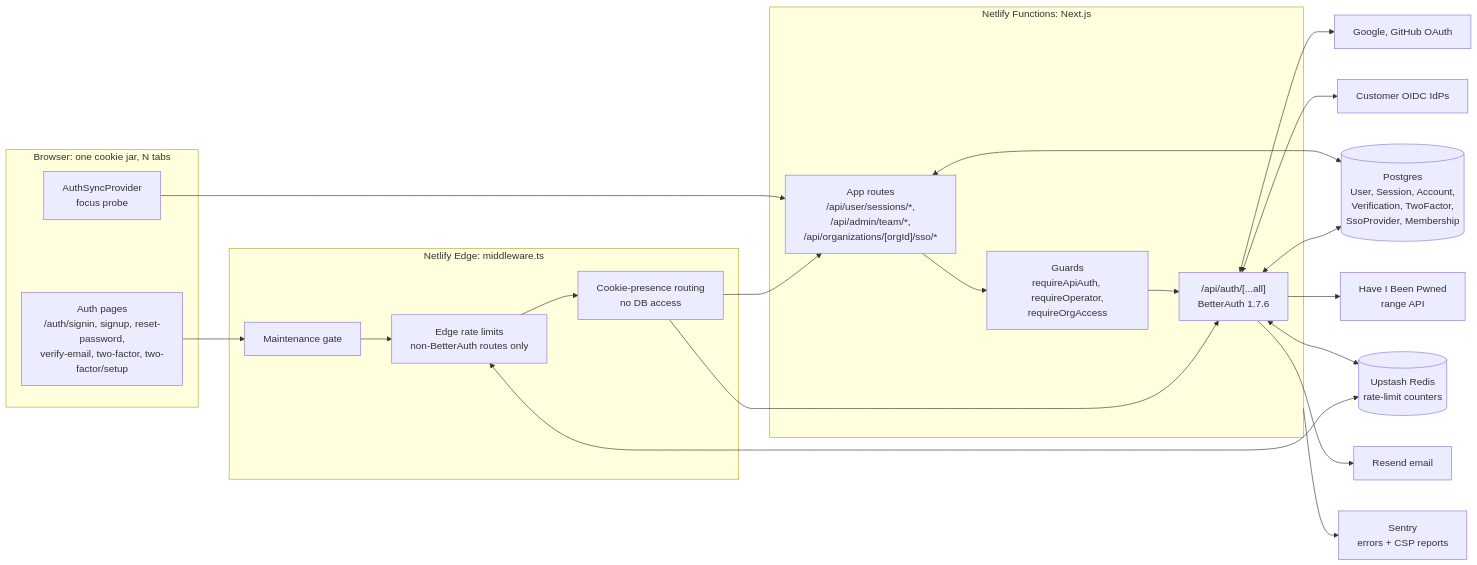
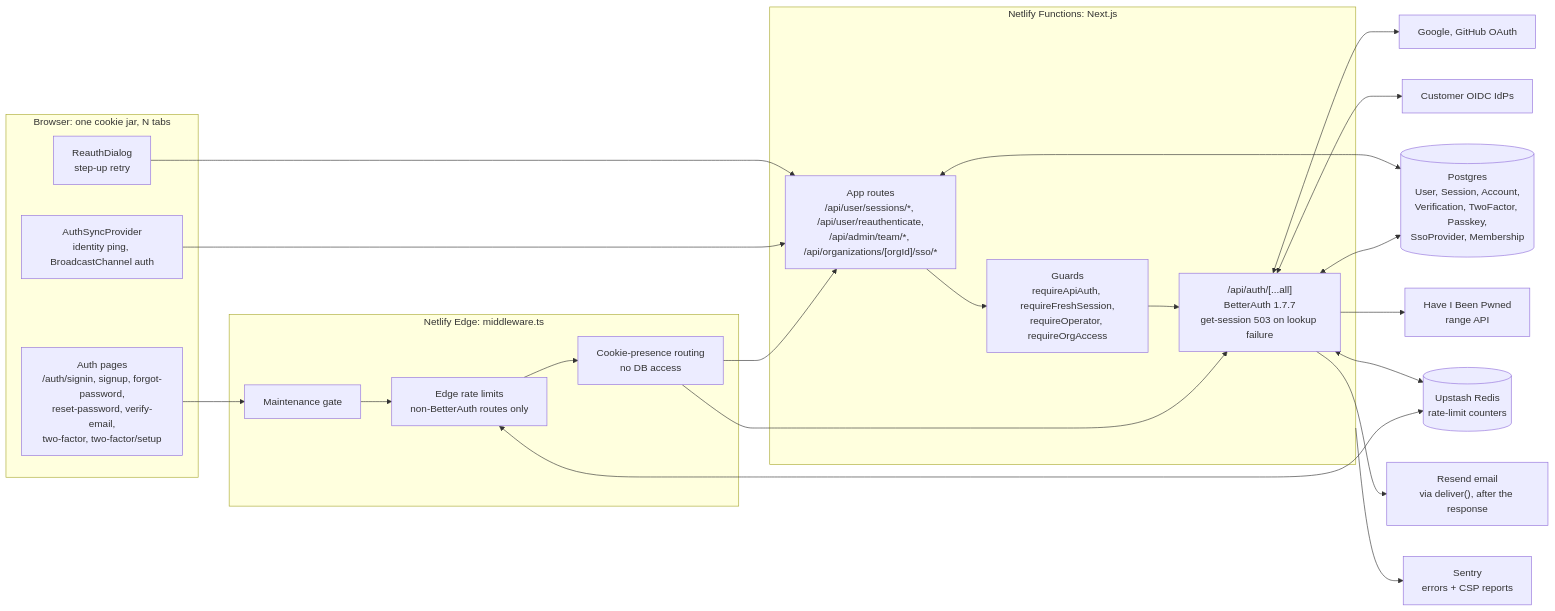
One commit to Practitionist/familiarise_web changed the diagram in docs/authentication/README.md. Above: the diagram before and after it, drawn with Mermaid. The commit also changed other lines of this file and 533 other files, not shown here.

First line of the commit message:
fix(auth): auth, 2FA, SSO, sessions and onboarding mega-fix (#2070)

````diff
--- a/docs/authentication/README.md
+++ b/docs/authentication/README.md
@@ -32,41 +38,43 @@
 ```mermaid
 flowchart LR
   subgraph Browser["Browser: one cookie jar, N tabs"]
-    UI["Auth pages<br/>/auth/signin, signup, reset-password,<br/>verify-email, two-factor, two-factor/setup"]
-    SYNC["AuthSyncProvider<br/>focus probe"]
+    UI["Auth pages<br/>/auth/signin, signup, forgot-password,<br/>reset-password, verify-email,<br/>two-factor, two-factor/setup"]
+    RD["ReauthDialog<br/>step-up retry"]
+    SYNC["AuthSyncProvider<br/>identity ping, BroadcastChannel auth"]
   end
 
   subgraph Edge["Netlify Edge: middleware.ts"]
     MM["Maintenance gate"]
     ERL["Edge rate limits<br/>non-BetterAuth routes only"]
     CK["Cookie-presence routing<br/>no DB access"]
   end
 
   subgraph Node["Netlify Functions: Next.js"]
-    BA["/api/auth/[...all]<br/>BetterAuth 1.7.6"]
-    APP["App routes<br/>/api/user/sessions/*,<br/>/api/admin/team/*,<br/>/api/organizations/[orgId]/sso/*"]
-    G["Guards<br/>requireApiAuth, requireOperator,<br/>requireOrgAccess"]
+    BA["/api/auth/[...all]<br/>BetterAuth 1.7.7<br/>get-session 503 on lookup failure"]
+    APP["App routes<br/>/api/user/sessions/*, /api/user/reauthenticate,<br/>/api/admin/team/*, /api/organizations/[orgId]/sso/*"]
+    G["Guards<br/>requireApiAuth, requireFreshSession,<br/>requireOperator, requireOrgAccess"]
   end
 
-  PG[("Postgres<br/>User, Session, Account,<br/>Verification, TwoFactor,<br/>SsoProvider, Membership")]
-  RD[("Upstash Redis<br/>rate-limit counters")]
+  PG[("Postgres<br/>User, Session, Account,<br/>Verification, TwoFactor, Passkey,<br/>SsoProvider, Membership")]
+  RDS[("Upstash Redis<br/>rate-limit counters")]
   SOC["Google, GitHub OAuth"]
   IDP["Customer OIDC IdPs"]
   HIBP["Have I Been Pwned<br/>range API"]
-  MAIL["Resend email"]
+  MAIL["Resend email<br/>via deliver(), after the response"]
   SEN["Sentry<br/>errors + CSP reports"]
 
   UI --> MM --> ERL --> CK --> BA
   CK --> APP
   SYNC --> APP
-  ERL <--> RD
+  RD --> APP
+  ERL <--> RDS
   BA <--> PG
-  BA <--> RD
+  BA <--> RDS
   BA <--> SOC
   BA <--> IDP
   BA --> HIBP
   BA --> MAIL
   APP --> G --> BA
   APP <--> PG
   Node --> SEN
 ```
````
